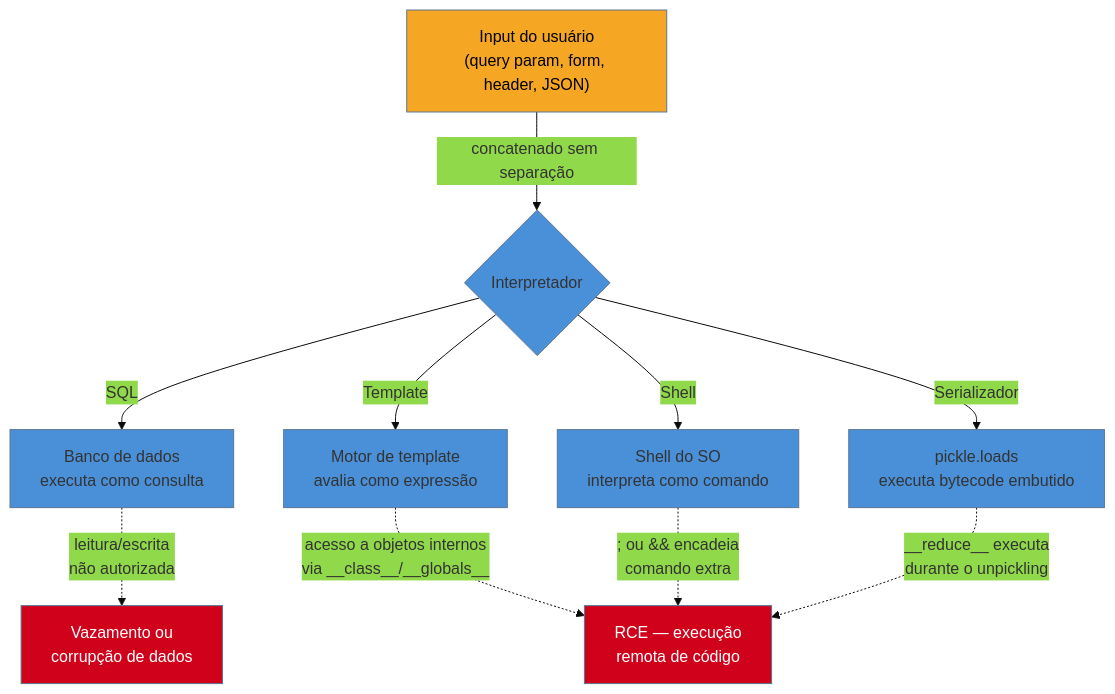
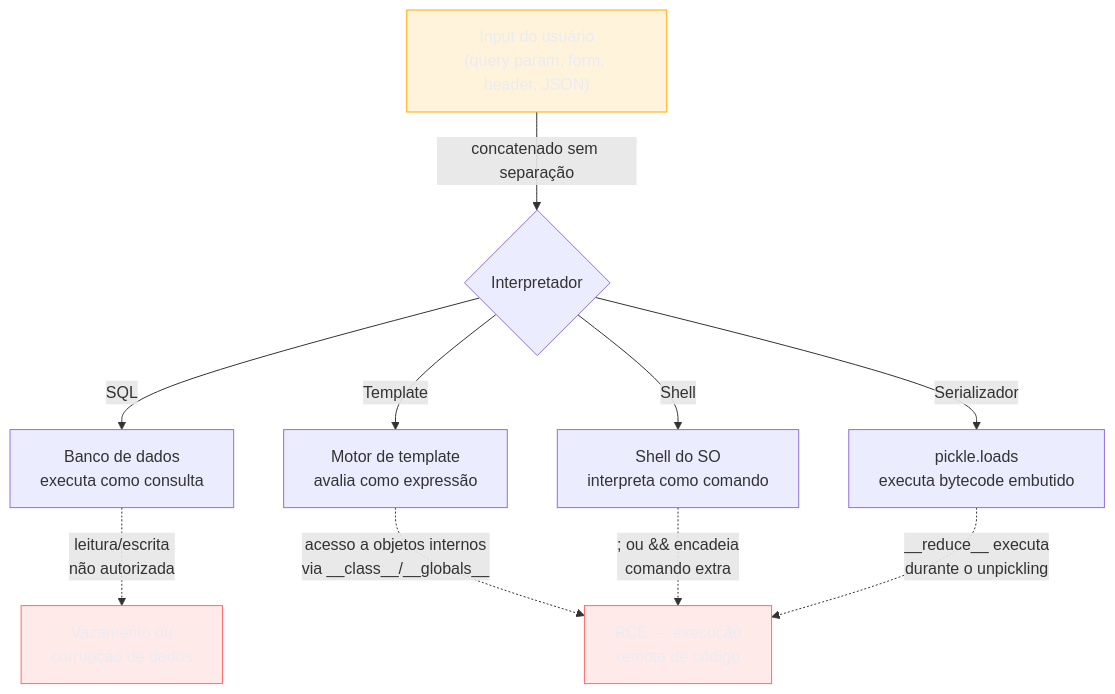
One commit to josenaldo/codex-technomanticus changed the first of 2 diagrams in 03-Dominios/Tecnologia/Python/Segurança/02 - Injeção — SQL, template, comando e deserialização insegura.md. Above: the diagram before and after it, drawn with Mermaid. The commit also changed 1181 other files, not shown here.

First line of the commit message:
fix(diagramas): paleta do sistema no lugar de cor cravada no markdown

````diff
--- a/03-Dominios/Tecnologia/Python/Segurança/02 - Injeção — SQL, template, comando e deserialização insegura.md
+++ b/03-Dominios/Tecnologia/Python/Segurança/02 - Injeção — SQL, template, comando e deserialização insegura.md
@@ -61,17 +61,18 @@
 ```mermaid
-%%{init: {"theme": "base", "themeVariables": {"primaryColor": "#4A90D9"}}}%%
 graph TD
+    classDef destaque fill:#FFAA0024,stroke:#FFAA00,color:#E9ECF2
+    classDef falha fill:#FF6B6B24,stroke:#FF6B6B,color:#E9ECF2
     U["Input do usuário<br/>(query param, form, header, JSON)"] -->|concatenado sem separação| I{"Interpretador"}
     I -->|SQL| S["Banco de dados<br/>executa como consulta"]
     I -->|Template| T["Motor de template<br/>avalia como expressão"]
     I -->|Shell| C["Shell do SO<br/>interpreta como comando"]
     I -->|Serializador| D["pickle.loads<br/>executa bytecode embutido"]
     S -.->|"leitura/escrita<br/>não autorizada"| R1["Vazamento ou<br/>corrupção de dados"]
     T -.->|"acesso a objetos internos<br/>via __class__/__globals__"| R2["RCE — execução<br/>remota de código"]
     C -.->|"; ou &amp;&amp; encadeia<br/>comando extra"| R2
     D -.->|"__reduce__ executa<br/>durante o unpickling"| R2
 
-    style U fill:#F5A623,color:#000
-    style R2 fill:#D0021B,color:#fff
-    style R1 fill:#D0021B,color:#fff
+    class U destaque
+    class R2 falha
+    class R1 falha
 ```
````
